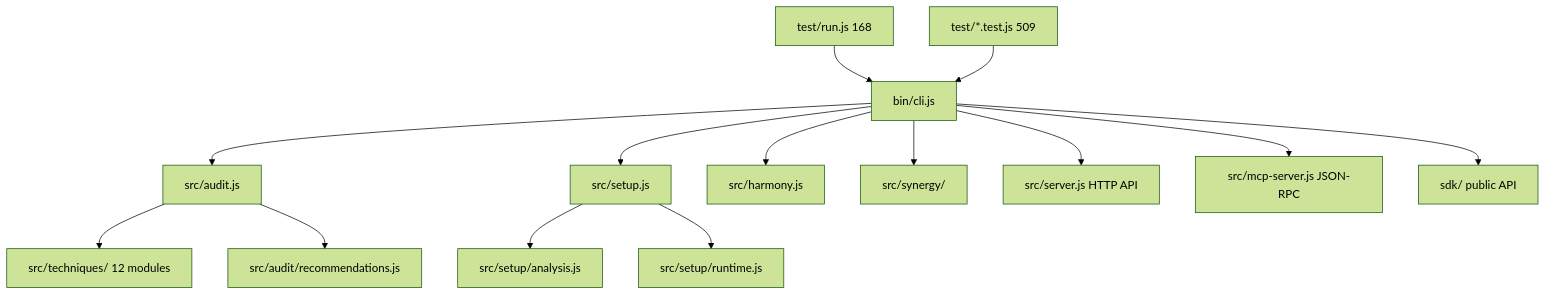
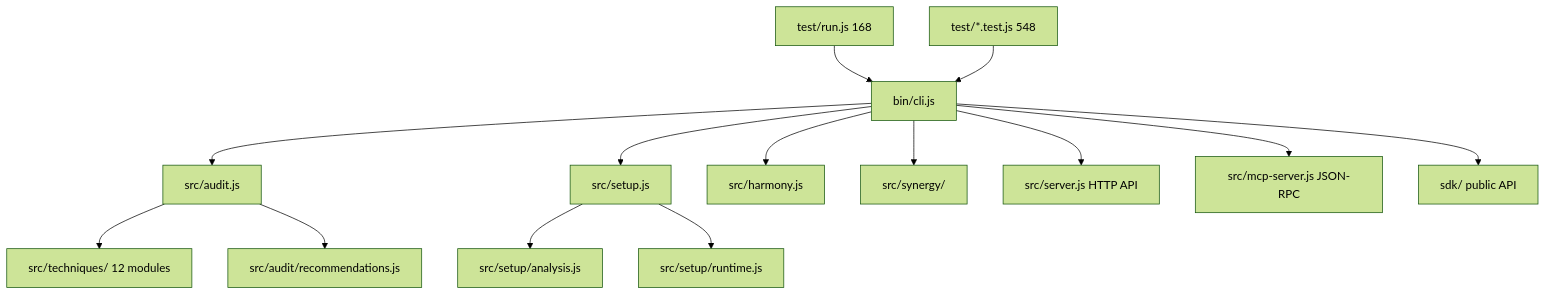
Before and after one commit to nerviq/nerviq: the diagram in CLAUDE.md, drawn with Mermaid (forest theme). The commit also changed other lines of this file and 40 other files, not shown here.

````diff
--- a/CLAUDE.md
+++ b/CLAUDE.md
@@ -6,16 +6,16 @@
 ```mermaid
 graph TD
     CLI[bin/cli.js] --> Audit[src/audit.js]
     CLI --> Setup[src/setup.js]
     CLI --> Harmony[src/harmony.js]
     CLI --> Synergy[src/synergy/]
     Audit --> Techniques[src/techniques/ 12 modules]
     Audit --> Recs[src/audit/recommendations.js]
     Setup --> Analysis[src/setup/analysis.js]
     Setup --> Runtime[src/setup/runtime.js]
     CLI --> Serve[src/server.js HTTP API]
     CLI --> MCP[src/mcp-server.js JSON-RPC]
     CLI --> SDK[sdk/ public API]
     Tests[test/run.js 168] --> CLI
-    Jest[test/*.test.js 509] --> CLI
+    Jest[test/*.test.js 548] --> CLI
 ```
````
